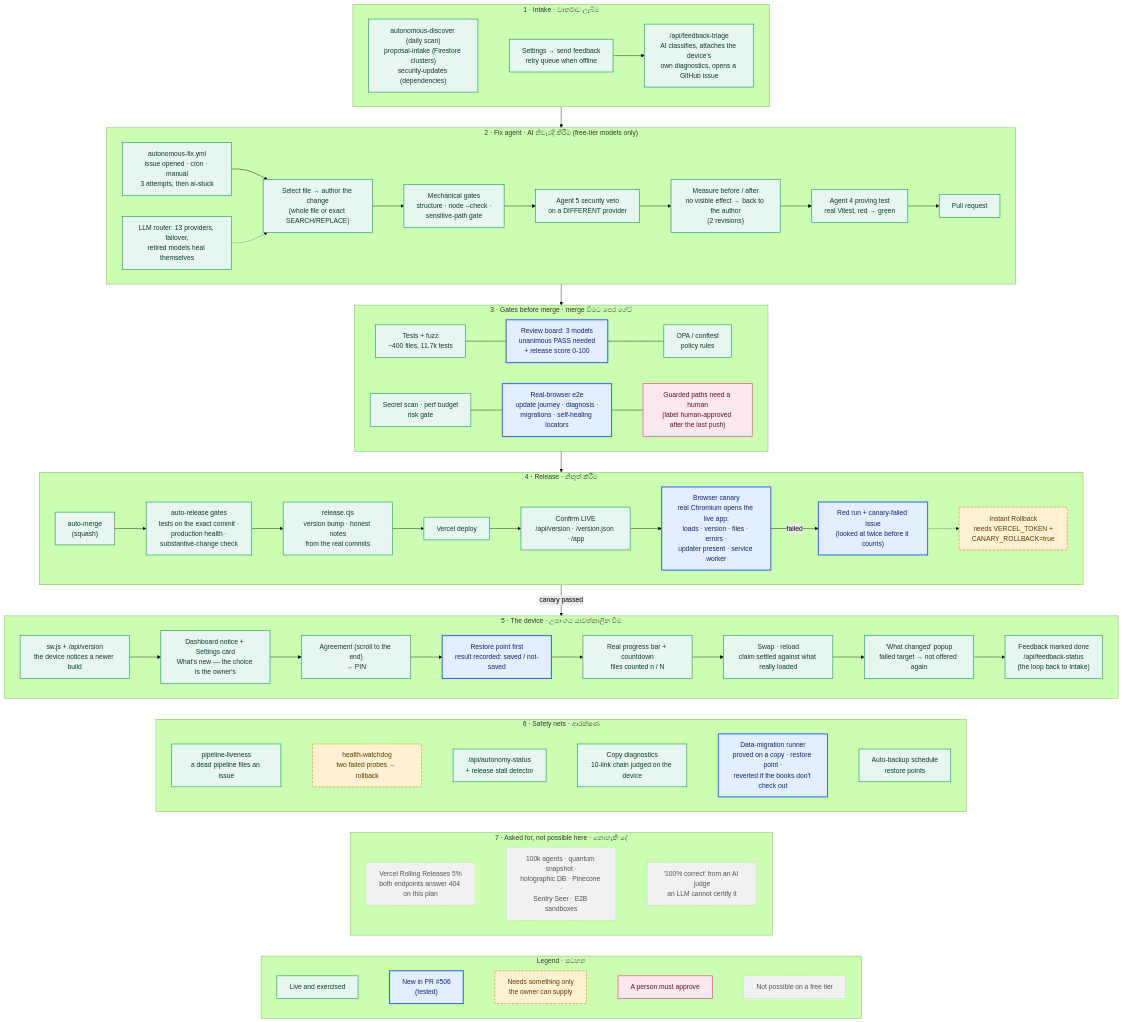
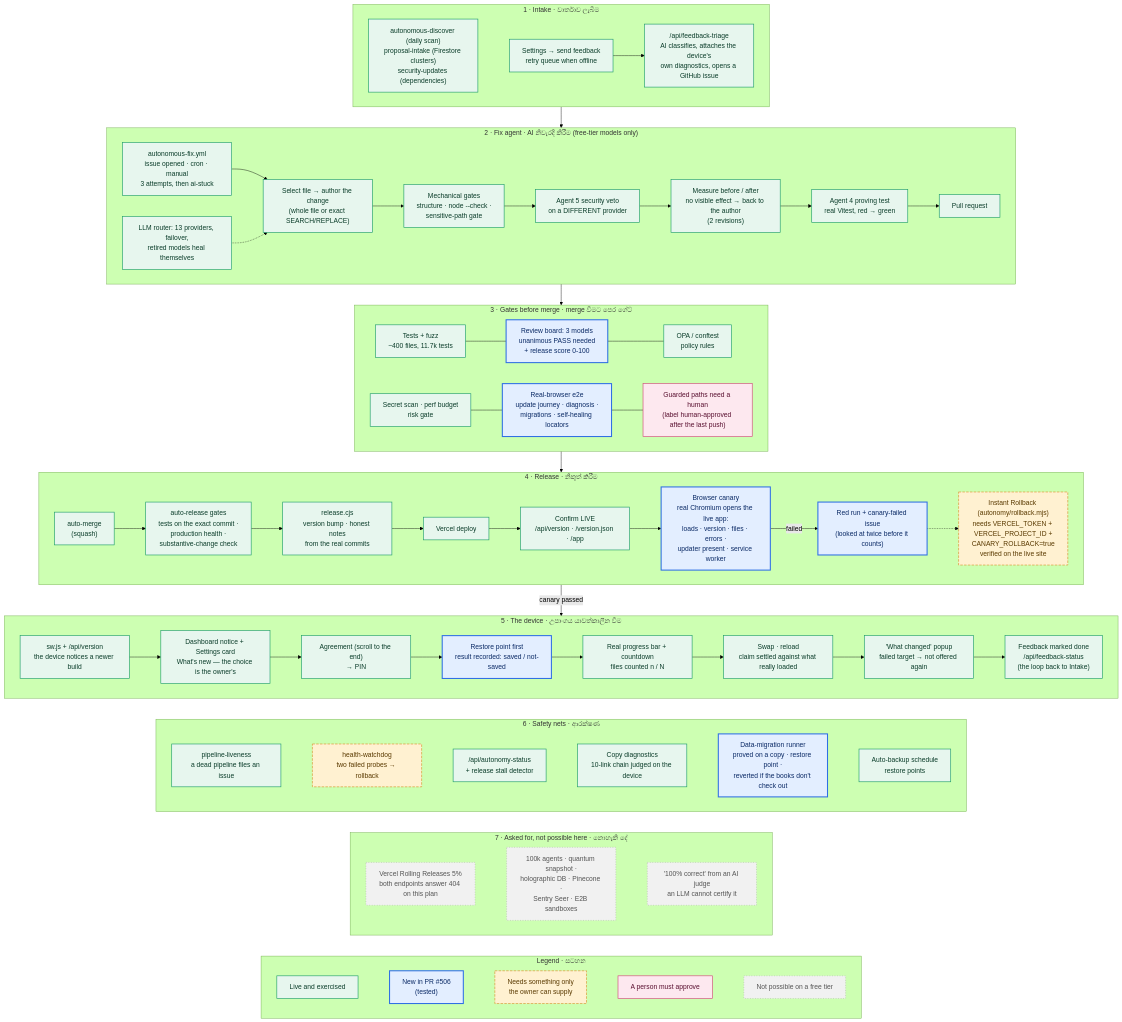
Before and after one commit to SachinthaGaurawa/wealthflow: the first of 2 diagrams in docs/update-system-diagram.md, drawn with Mermaid (forest theme). The commit also changed other lines of this file and 5 other files, not shown here.

```diff
--- a/docs/update-system-diagram.md
+++ b/docs/update-system-diagram.md
@@ -63,7 +63,7 @@
     D5["Confirm LIVE<br/>/api/version · /version.json · /app"]:::live
     D6["Browser canary<br/>real Chromium opens the live app:<br/>loads · version · files · errors ·<br/>updater present · service worker"]:::new
     D7["Red run + canary-failed issue<br/>(looked at twice before it counts)"]:::new
-    D8["Instant Rollback<br/>needs VERCEL_TOKEN +<br/>CANARY_ROLLBACK=true"]:::owner
+    D8["Instant Rollback (autonomy/rollback.mjs)<br/>needs VERCEL_TOKEN + VERCEL_PROJECT_ID +<br/>CANARY_ROLLBACK=true<br/>verified on the live site"]:::owner
     D1 --> D2 --> D3 --> D4 --> D5 --> D6
     D6 -- "failed" --> D7 -.-> D8
   end
```
